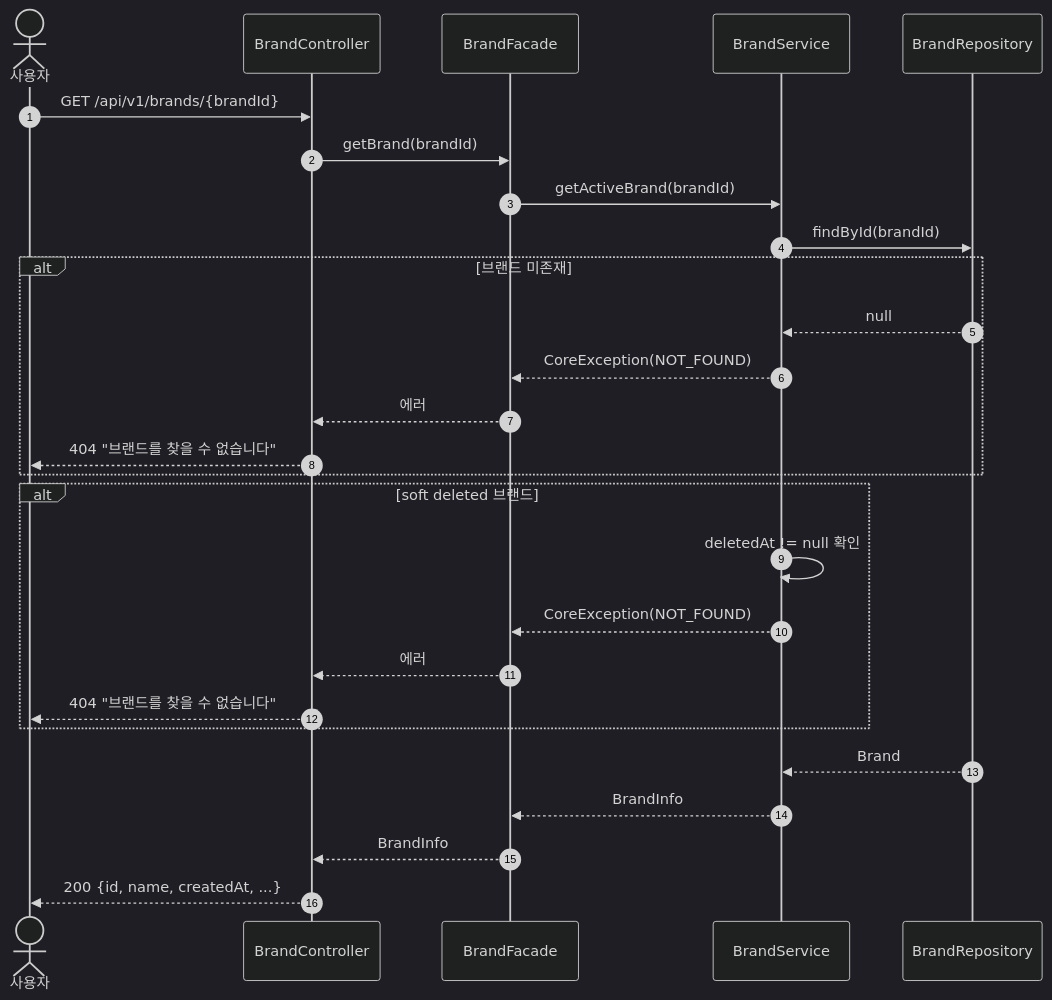
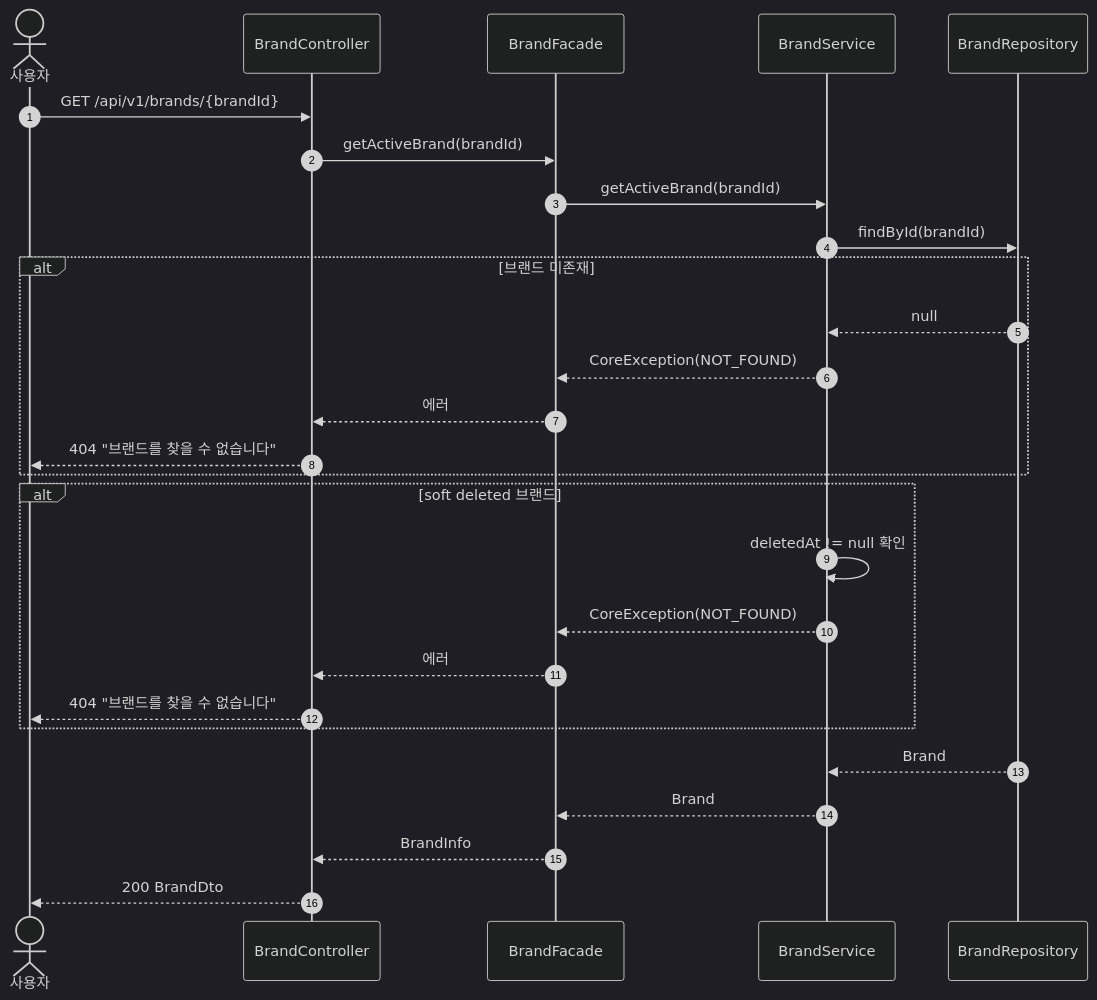
The first of 21 diagrams in docs/design/02-sequence-diagrams.md (Loopers-dev-lab/loop-pack-be-l2-vol3-kotlin), drawn with Mermaid (dark theme) before and after one commit. The commit also changed other lines of this file and 4 other files, not shown here.

````diff
--- a/docs/design/02-sequence-diagrams.md
+++ b/docs/design/02-sequence-diagrams.md
@@ -22,32 +20,32 @@
 ```mermaid
 sequenceDiagram
     autonumber
     actor User as 사용자
     participant C as BrandController
     participant F as BrandFacade
     participant BS as BrandService
     participant BR as BrandRepository
     User ->> C: GET /api/v1/brands/{brandId}
-    C ->> F: getBrand(brandId)
+    C ->> F: getActiveBrand(brandId)
     F ->> BS: getActiveBrand(brandId)
     BS ->> BR: findById(brandId)
 
     alt 브랜드 미존재
         BR -->> BS: null
         BS -->> F: CoreException(NOT_FOUND)
         F -->> C: 에러
         C -->> User: 404 "브랜드를 찾을 수 없습니다"
     end
 
     alt soft deleted 브랜드
         BS ->> BS: deletedAt != null 확인
         BS -->> F: CoreException(NOT_FOUND)
         F -->> C: 에러
         C -->> User: 404 "브랜드를 찾을 수 없습니다"
     end
 
     BR -->> BS: Brand
-    BS -->> F: BrandInfo
+    BS -->> F: Brand
     F -->> C: BrandInfo
-    C -->> User: 200 {id, name, createdAt, ...}
+    C -->> User: 200 BrandDto
 ```
````
